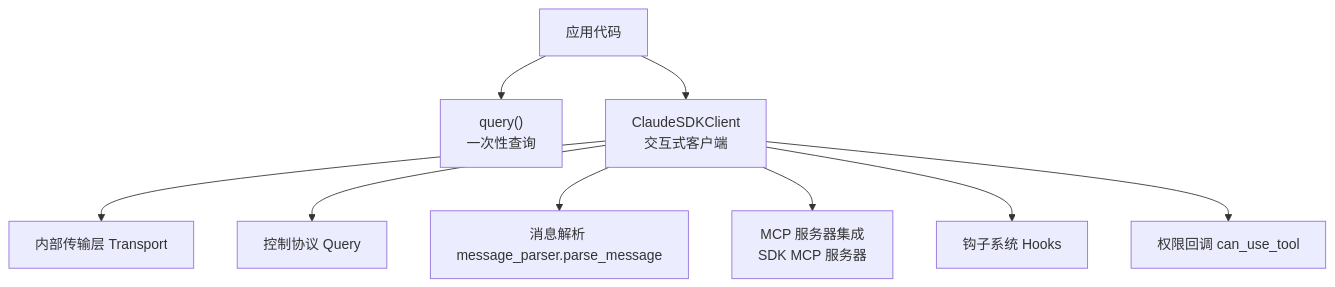
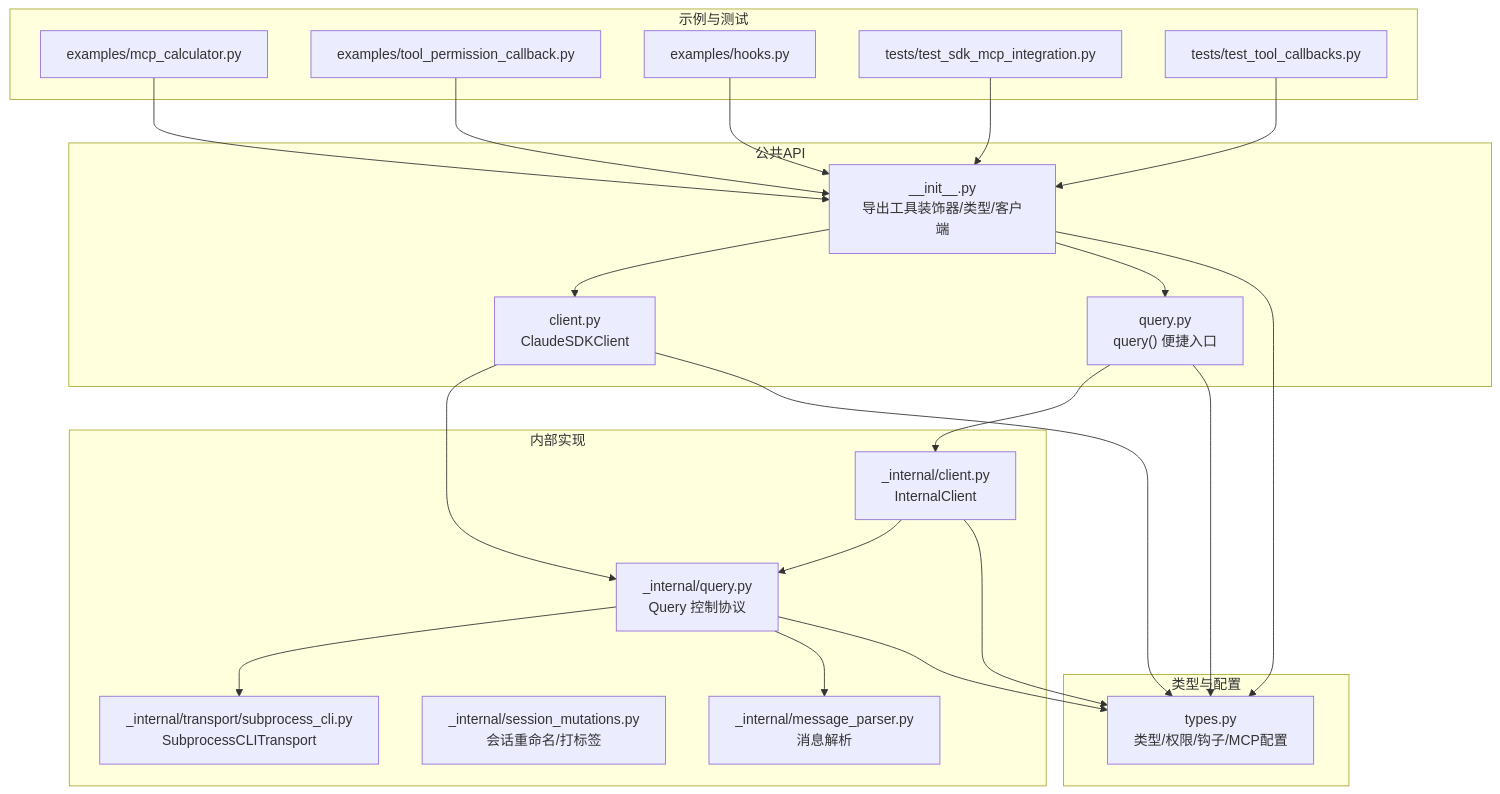
One commit to defulat-coder/claude-agent-sdk-python changed the first of 8 diagrams in .qoder/repowiki/zh/content/高级功能/高级功能.md. Above: the diagram before and after it, drawn with Mermaid. The commit also changed other lines of this file and 77 other files, not shown here.

````diff
--- a/.qoder/repowiki/zh/content/高级功能/高级功能.md
+++ b/.qoder/repowiki/zh/content/高级功能/高级功能.md
@@ -39,11 +46,42 @@
 ```mermaid
 graph TB
-A["应用代码"] --> B["query()<br/>一次性查询"]
-A --> C["ClaudeSDKClient<br/>交互式客户端"]
-C --> D["内部传输层 Transport"]
-C --> E["控制协议 Query"]
-C --> F["消息解析 message_parser.parse_message"]
-C --> G["MCP 服务器集成<br/>SDK MCP 服务器"]
-C --> H["钩子系统 Hooks"]
-C --> I["权限回调 can_use_tool"]
+subgraph "公共API"
+A["__init__.py<br/>导出工具装饰器/类型/客户端"]
+B["client.py<br/>ClaudeSDKClient"]
+C["query.py<br/>query() 便捷入口"]
+end
+subgraph "内部实现"
+D["_internal/client.py<br/>InternalClient"]
+E["_internal/query.py<br/>Query 控制协议"]
+F["_internal/message_parser.py<br/>消息解析"]
+G["_internal/session_mutations.py<br/>会话重命名/打标签"]
+H["_internal/transport/subprocess_cli.py<br/>SubprocessCLITransport"]
+end
+subgraph "类型与配置"
+T["types.py<br/>类型/权限/钩子/MCP配置"]
+end
+subgraph "示例与测试"
+X1["examples/mcp_calculator.py"]
+X2["examples/tool_permission_callback.py"]
+X3["examples/hooks.py"]
+TST1["tests/test_sdk_mcp_integration.py"]
+TST2["tests/test_tool_callbacks.py"]
+end
+A --> B
+A --> C
+B --> E
+C --> D
+D --> E
+E --> H
+E --> F
+A --> T
+B --> T
+C --> T
+D --> T
+E --> T
+X1 --> A
+X2 --> A
+X3 --> A
+TST1 --> A
+TST2 --> A
 ```
````
